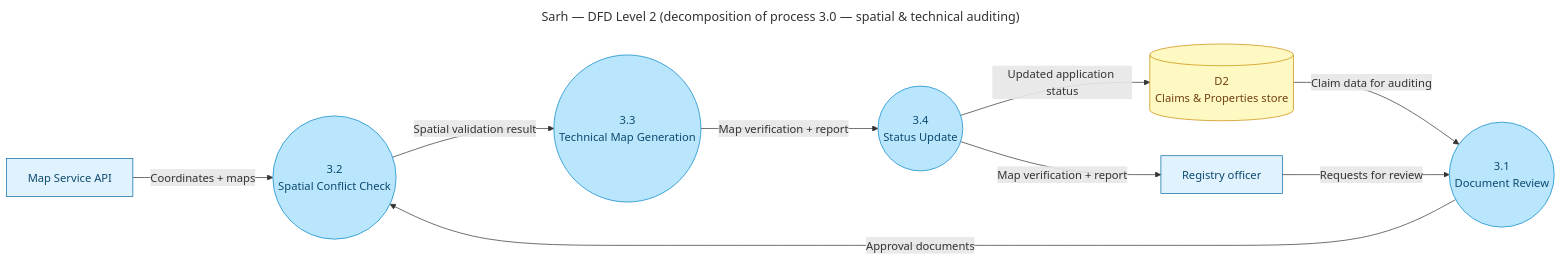
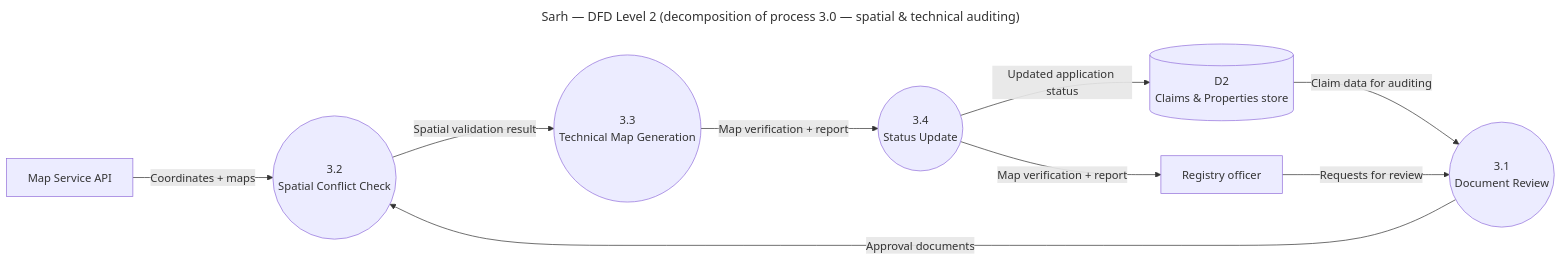
One commit to AliBelaid/Sarh changed the diagram in docs/diagrams/dfd-level2-spatial.mmd. Above: the diagram before and after it, drawn with Mermaid. The commit also changed 138 other files, not shown here.

First line of the commit message:
Rename Sijilli → Sarh, add auto-seed + classic-UML diagram deck

```diff
--- a/docs/diagrams/dfd-level2-spatial.mmd
+++ b/docs/diagrams/dfd-level2-spatial.mmd
@@ -1,26 +1,23 @@
 ---
 title: Sarh — DFD Level 2 (decomposition of process 3.0 — spatial & technical auditing)
 ---
 flowchart LR
-    classDef proc  fill:#bae6fd,stroke:#0284c7,color:#0c4a6e,rx:50,ry:50
-    classDef ext   fill:#e0f2fe,stroke:#0369a1,color:#0c4a6e
-    classDef store fill:#fef9c3,stroke:#ca8a04,color:#713f12
 
-    MAP[Map Service API]:::ext
-    Officer[Registry officer]:::ext
+    MAP[Map Service API]
+    Officer[Registry officer]
 
-    D2[(D2<br/>Claims & Properties store)]:::store
+    D2[(D2<br/>Claims & Properties store)]
 
-    P31((3.1<br/>Document Review)):::proc
-    P32((3.2<br/>Spatial Conflict Check)):::proc
-    P33((3.3<br/>Technical Map Generation)):::proc
-    P34((3.4<br/>Status Update)):::proc
+    P31((3.1<br/>Document Review))
+    P32((3.2<br/>Spatial Conflict Check))
+    P33((3.3<br/>Technical Map Generation))
+    P34((3.4<br/>Status Update))
 
     D2 -->|"Claim data for auditing"| P31
     P31 -->|"Approval documents"| P32
     MAP -->|"Coordinates + maps"| P32
     P32 -->|"Spatial validation result"| P33
     P33 -->|"Map verification + report"| P34
     P34 -->|"Updated application status"| D2
     P34 -->|"Map verification + report"| Officer
     Officer -->|"Requests for review"| P31
```
